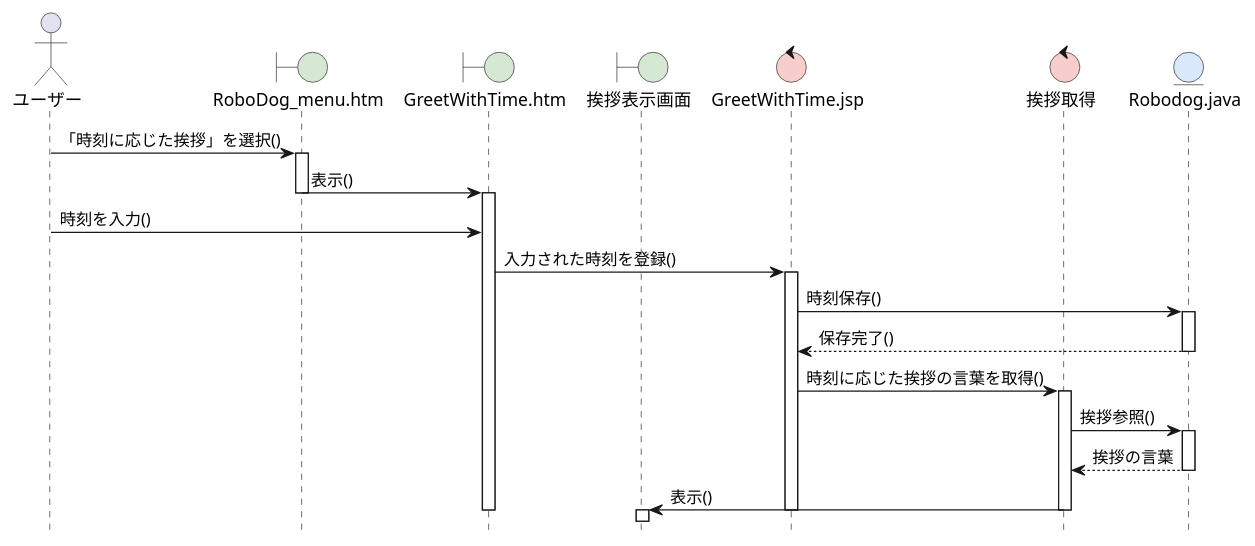
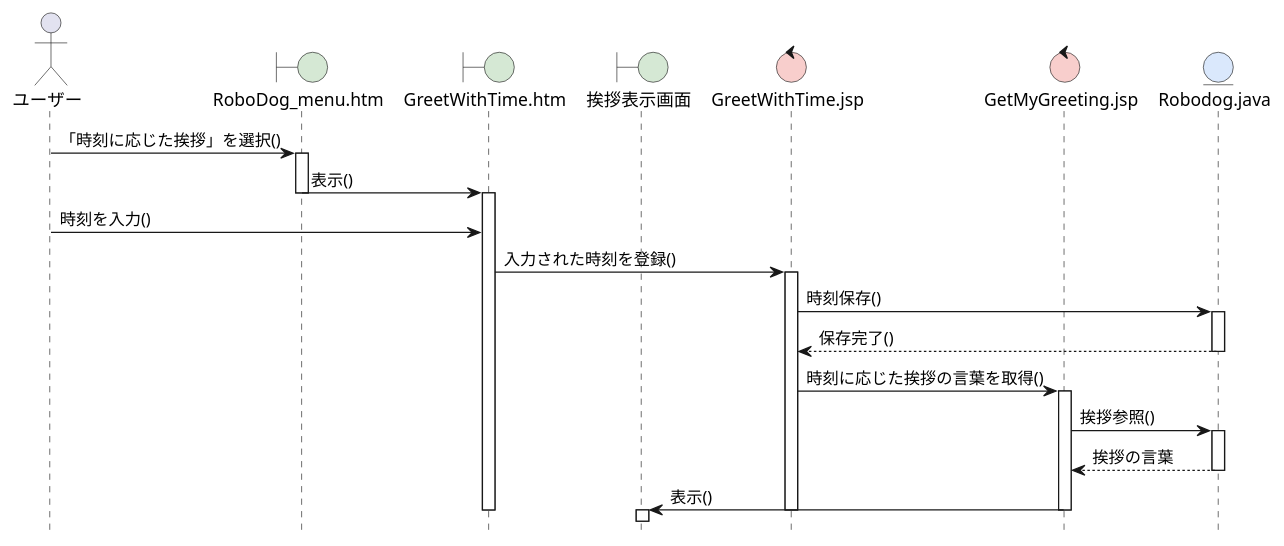
One commit to ri1002/ohara_uml changed the diagram in 06_robo_dog/sequence_02_greeting.pu. Above: the diagram before and after it, drawn with PlantUML. The commit also changed 3 other files, not shown here.

```diff
--- a/06_robo_dog/sequence_02_greeting.pu
+++ b/06_robo_dog/sequence_02_greeting.pu
@@ -1,44 +1,44 @@
 @startuml RoboDogシステム-時刻に応じた挨拶シーケンス図
 hide footbox
 skinparam boundaryBackgroundColor #D5E8D4
 skinparam controlBackgroundColor  #F8CECC
 skinparam entityBackgroundColor   #DAE8FC
 
 actor ユーザー as A
 boundary "RoboDog_menu.htm" as B1
 boundary "GreetWithTime.htm" as B2
 boundary 挨拶表示画面 as B3
 control "GreetWithTime.jsp" as C1
-control 挨拶取得 as C2
+control "GetMyGreeting.jsp" as C2
 entity "Robodog.java" as E
 
 A -> B1: 「時刻に応じた挨拶」を選択()
 activate B1
 
 B1 -> B2: 表示()
 deactivate B1
 activate B2
 
 A -> B2: 時刻を入力()
 
 B2 -> C1: 入力された時刻を登録()
 activate C1
 C1 -> E: 時刻保存()
 activate E
 E --> C1: 保存完了()
 deactivate E
 
 C1 -> C2: 時刻に応じた挨拶の言葉を取得()
 activate C2
 C2 -> E: 挨拶参照()
 activate E
 E --> C2: 挨拶の言葉
 deactivate E
 
 C2 -> B3: 表示()
 deactivate C2
 deactivate C1
 deactivate B2
 activate B3
 
 @enduml
```
